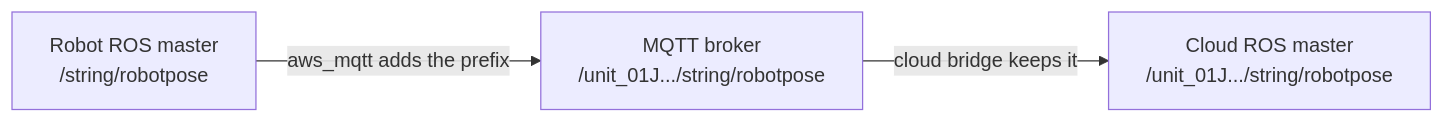
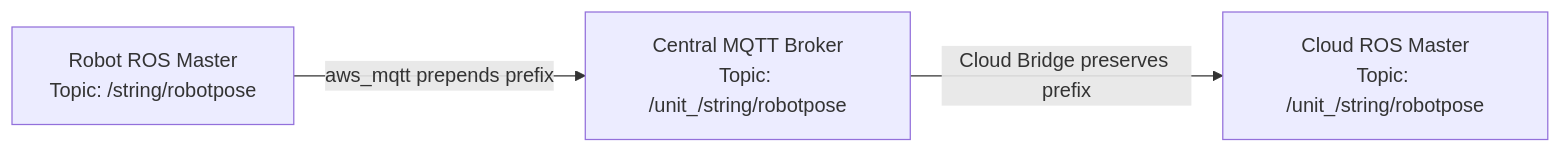
Before and after one commit to itbdelaboprogramming/msd700_documentation: the first of 5 diagrams in docs/development/message-contracts.md, drawn with Mermaid. The commit also changed other lines of this file and 16 other files, not shown here.

Commit message:
docs: overhaul documentation structure and clarify fleet addressing and command schemas

````diff
--- a/docs/development/message-contracts.md
+++ b/docs/development/message-contracts.md
@@ -28,5 +22,5 @@
 ```mermaid
 flowchart LR
-  A["Robot ROS master<br/>/string/robotpose"] -->|"aws_mqtt adds the prefix"| B["MQTT broker<br/>/unit_01J.../string/robotpose"]
-  B -->|"cloud bridge keeps it"| C["Cloud ROS master<br/>/unit_01J.../string/robotpose"]
+  R_TOPIC["Robot ROS Master<br/>Topic: /string/robotpose"] -->|"aws_mqtt prepends prefix"| MQTT_TOPIC["Central MQTT Broker<br/>Topic: /unit_<ULID>/string/robotpose"]
+  MQTT_TOPIC -->|"Cloud Bridge preserves prefix"| C_TOPIC["Cloud ROS Master<br/>Topic: /unit_<ULID>/string/robotpose"]
 ```
````
